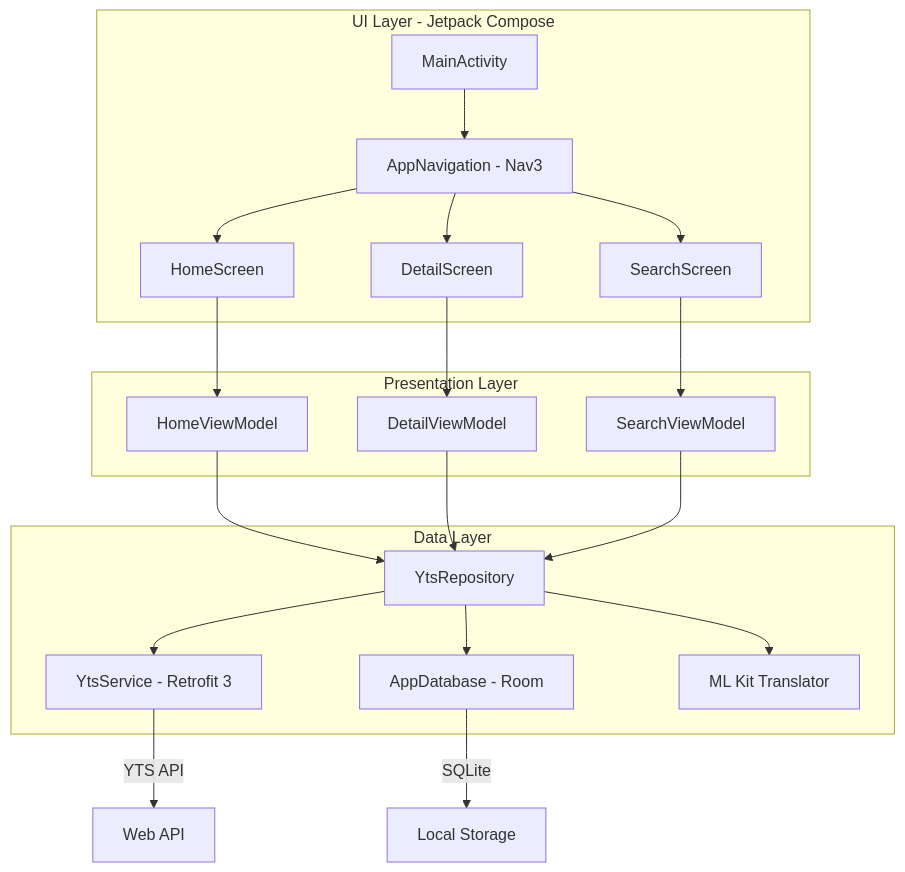
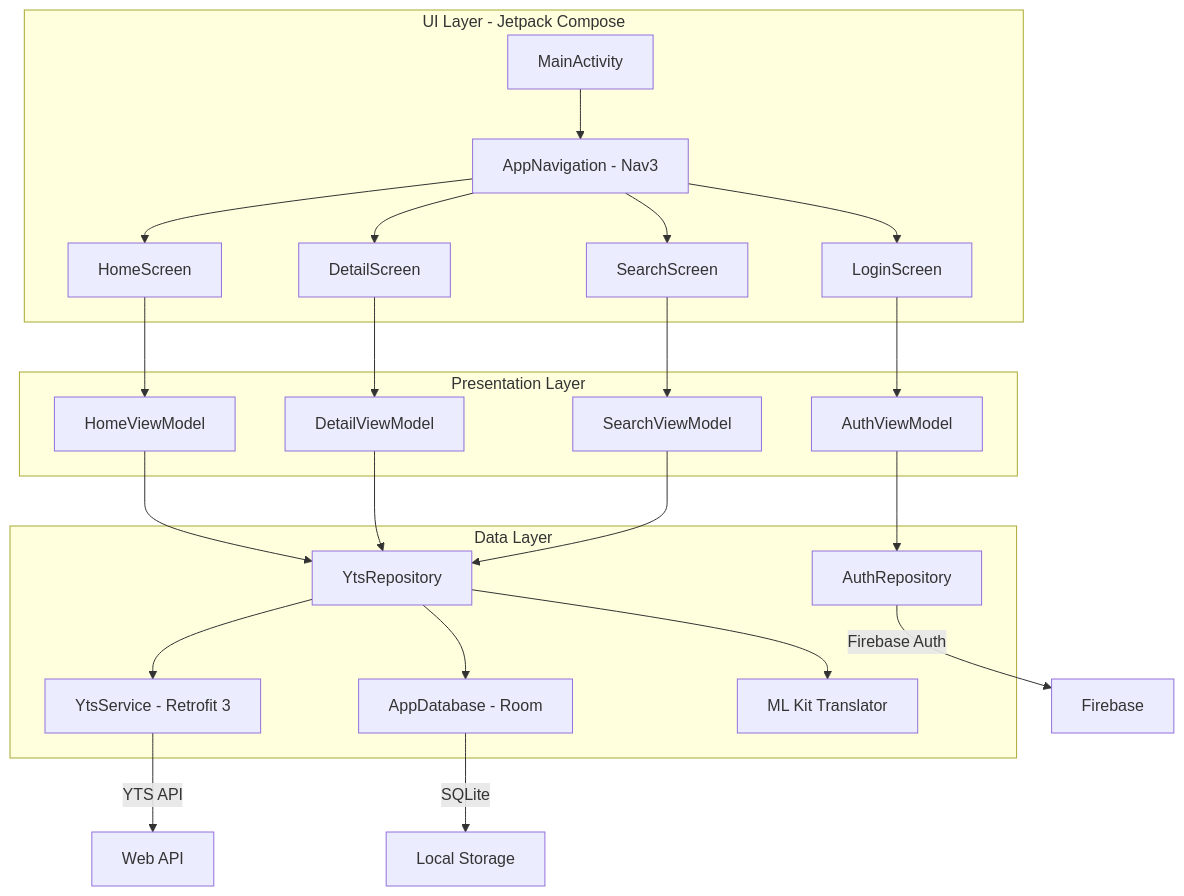
Before and after one commit to martinrevert/LaTorrentola: the first of 5 diagrams in README.md, drawn with Mermaid. The commit also changed other lines of this file and 3 other files, not shown here.

````diff
--- a/README.md
+++ b/README.md
@@ -25,37 +26,43 @@
 ```mermaid
 graph TD
     subgraph UI_Layer [UI Layer - Jetpack Compose]
         MA[MainActivity]
         NV[AppNavigation - Nav3]
+        LS[LoginScreen]
         HS[HomeScreen]
         DS[DetailScreen]
         SS[SearchScreen]
     end
 
     subgraph Presentation_Layer [Presentation Layer]
+        AVM[AuthViewModel]
         HVM[HomeViewModel]
         DVM[DetailViewModel]
         SVM[SearchViewModel]
     end
 
     subgraph Domain_Data_Layer [Data Layer]
+        AREP[AuthRepository]
         REP[YtsRepository]
         RS[YtsService - Retrofit 3]
         DB[AppDatabase - Room]
         MLK[ML Kit Translator]
     end
 
     MA --> NV
-    NV --> HS & DS & SS
+    NV --> LS & HS & DS & SS
+    LS --> AVM
     HS --> HVM
     DS --> DVM
     SS --> SVM
     
+    AVM --> AREP
+    AREP -->|Firebase Auth| FAN[Firebase]
     HVM & DVM & SVM --> REP
     REP --> RS
     REP --> DB
     REP --> MLK
     
     RS -->|YTS API| WAN[Web API]
     DB -->|SQLite| DISK[Local Storage]
 ```
````
